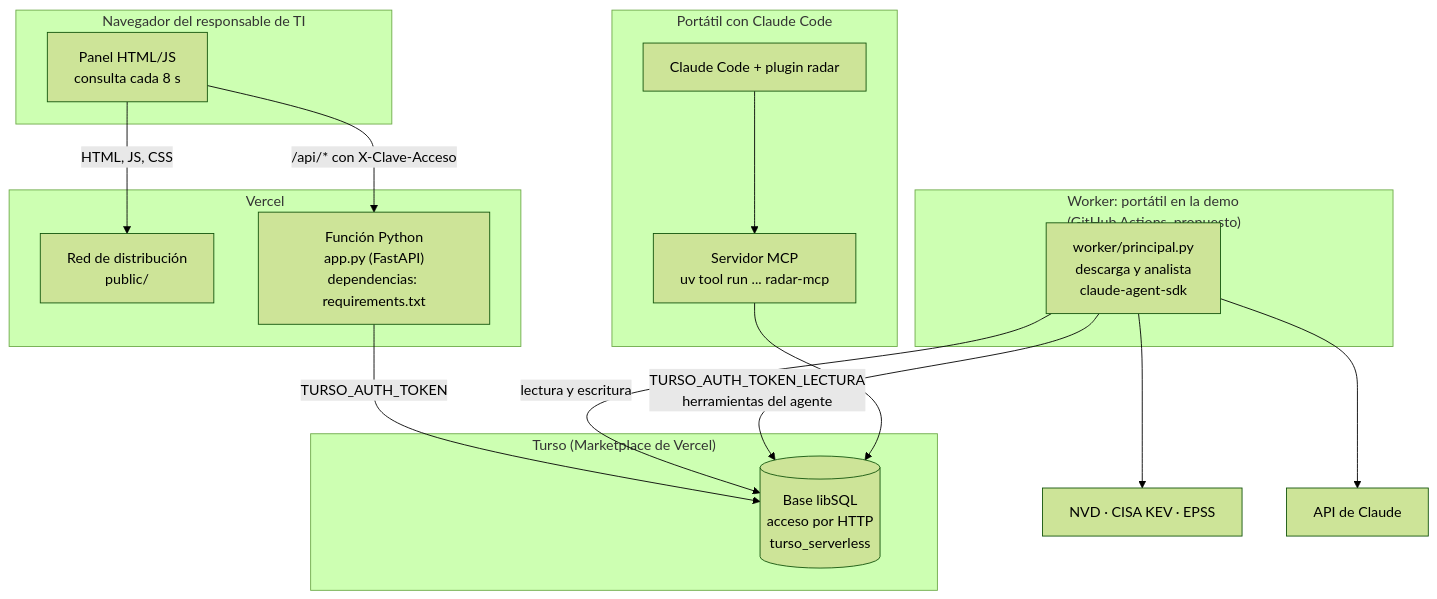
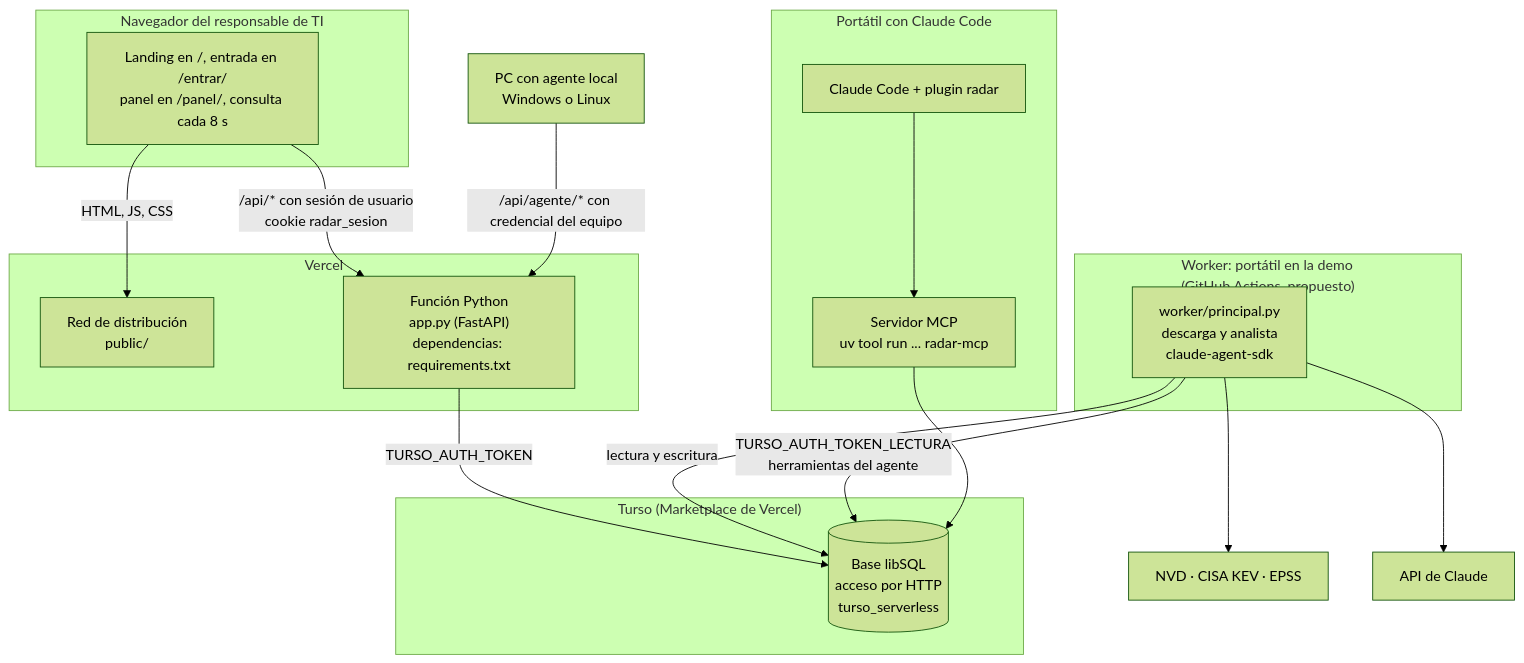
One commit to mikerb95/hackaton-DefAcc changed the diagram in docs/diagramas/despliegue.md. Above: the diagram before and after it, drawn with Mermaid (forest theme). The commit also changed other lines of this file and 8 other files, not shown here.

````diff
--- a/docs/diagramas/despliegue.md
+++ b/docs/diagramas/despliegue.md
@@ -16,36 +16,37 @@
 ```mermaid
 flowchart TB
     subgraph Navegador["Navegador del responsable de TI"]
-        UI["Panel HTML/JS<br/>consulta cada 8 s"]
+        UI["Landing en /, entrada en /entrar/<br/>panel en /panel/, consulta cada 8 s"]
     end
 
     subgraph Vercel["Vercel"]
         CDN["Red de distribución<br/>public/"]
         Fn["Función Python<br/>app.py (FastAPI)<br/>dependencias: requirements.txt"]
     end
 
     subgraph Turso["Turso (Marketplace de Vercel)"]
         BD[("Base libSQL<br/>acceso por HTTP<br/>turso_serverless")]
     end
 
     subgraph WorkerHost["Worker: portátil en la demo<br/>(GitHub Actions, propuesto)"]
         W["worker/principal.py<br/>descarga y analista<br/>claude-agent-sdk"]
     end
 
     subgraph Portatil["Portátil con Claude Code"]
         CC["Claude Code + plugin radar"]
         MCPS["Servidor MCP<br/>uv tool run ... radar-mcp"]
     end
 
     Fuentes["NVD · CISA KEV · EPSS"]
     Claude["API de Claude"]
 
     UI -->|HTML, JS, CSS| CDN
-    UI -->|/api/* con X-Clave-Acceso| Fn
+    UI -->|/api/* con sesión de usuario<br/>cookie radar_sesion| Fn
+    PC["PC con agente local<br/>Windows o Linux"] -->|/api/agente/* con credencial del equipo| Fn
     Fn -->|TURSO_AUTH_TOKEN| BD
     W -->|lectura y escritura| BD
     W -->|TURSO_AUTH_TOKEN_LECTURA<br/>herramientas del agente| BD
     W --> Fuentes
     W --> Claude
     CC --> MCPS --> BD
 ```
````
